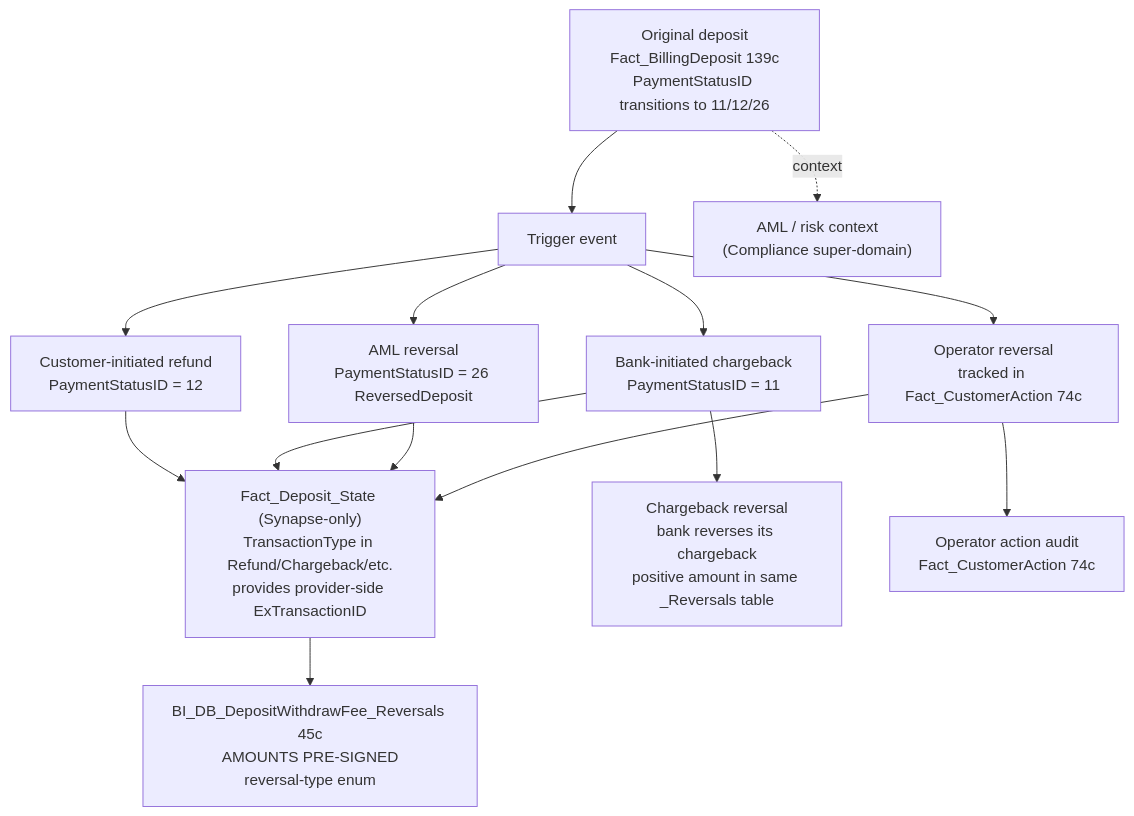
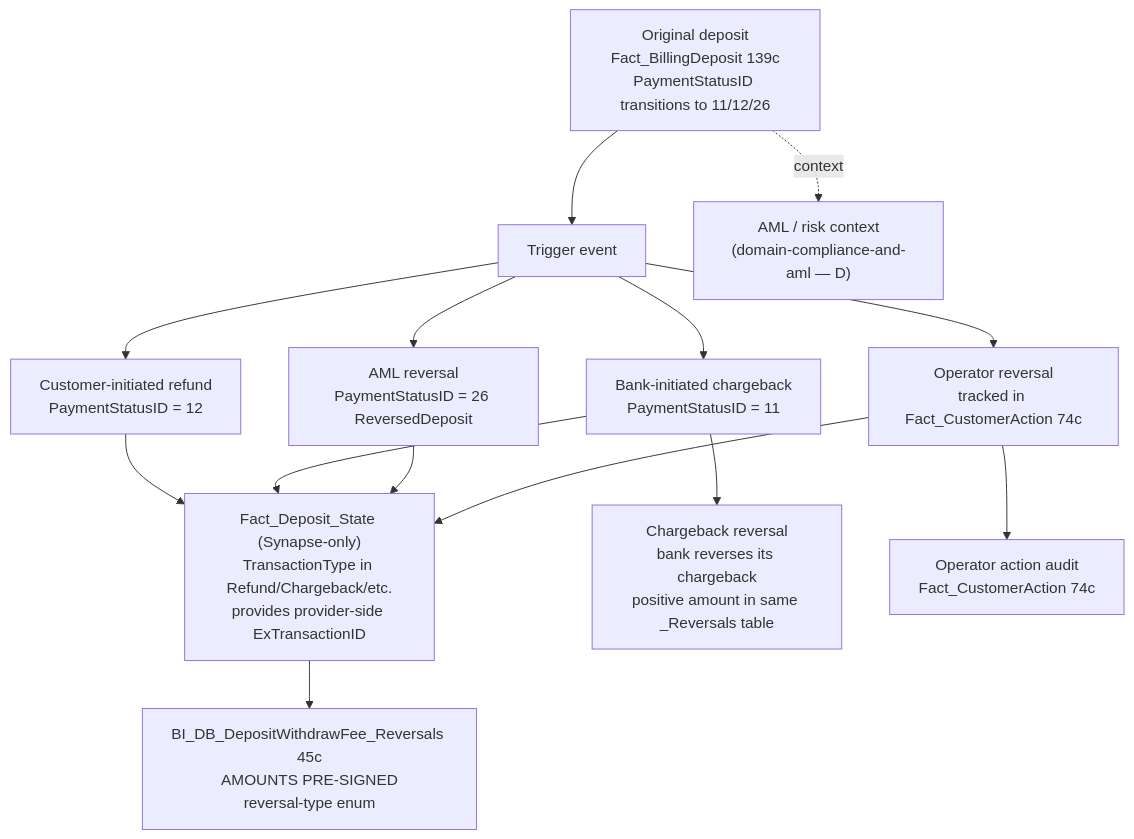
Before and after one commit to guyman-tr/Databricks_Knowledge: the diagram in knowledge/skills/domain-cross/refund-chargeback-chain.md, drawn with Mermaid. The commit also changed other lines of this file and 7 other files, not shown here.

````diff
--- a/knowledge/skills/domain-cross/refund-chargeback-chain.md
+++ b/knowledge/skills/domain-cross/refund-chargeback-chain.md
@@ -110,27 +110,27 @@
 ```mermaid
 graph TB
     Dep["Original deposit<br/>Fact_BillingDeposit 139c<br/>PaymentStatusID transitions to 11/12/26"]
     Trig["Trigger event"]
     Refund["Customer-initiated refund<br/>PaymentStatusID = 12"]
     Chargeback["Bank-initiated chargeback<br/>PaymentStatusID = 11"]
     AmlRev["AML reversal<br/>PaymentStatusID = 26 ReversedDeposit"]
     OpsRev["Operator reversal<br/>tracked in Fact_CustomerAction 74c"]
     StatePost["Fact_Deposit_State (Synapse-only)<br/>TransactionType in Refund/Chargeback/etc.<br/>provides provider-side ExTransactionID"]
     RevFee["BI_DB_DepositWithdrawFee_Reversals 45c<br/>AMOUNTS PRE-SIGNED<br/>reversal-type enum"]
     CB_Rev["Chargeback reversal<br/>bank reverses its chargeback<br/>positive amount in same _Reversals table"]
-    AmlCtx["AML / risk context<br/>(Compliance super-domain)"]
+    AmlCtx["AML / risk context<br/>(domain-compliance-and-aml — D)"]
     Action["Operator action audit<br/>Fact_CustomerAction 74c"]
 
     Dep --> Trig
     Trig --> Refund
     Trig --> Chargeback
     Trig --> AmlRev
     Trig --> OpsRev
     Refund --> StatePost --> RevFee
     Chargeback --> StatePost
     AmlRev --> StatePost
     OpsRev --> StatePost
     Chargeback --> CB_Rev
     Dep -.context.-> AmlCtx
     OpsRev --> Action
 ```
````
